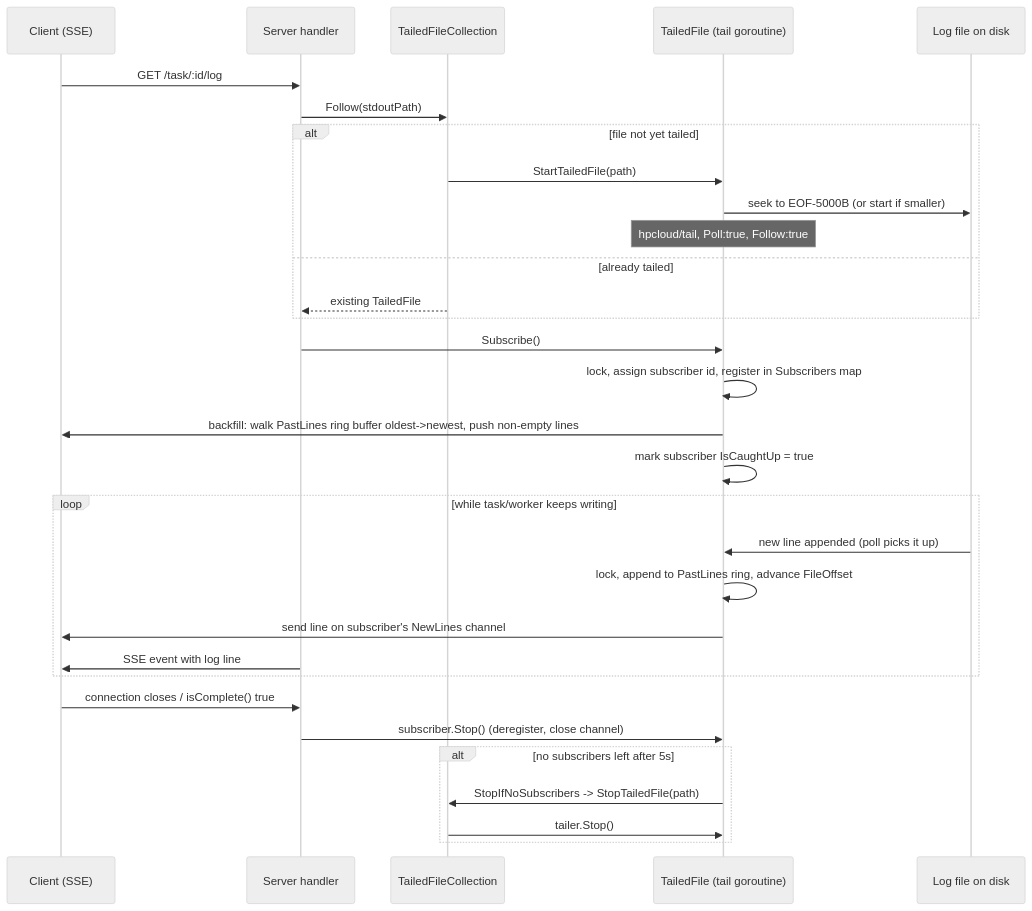
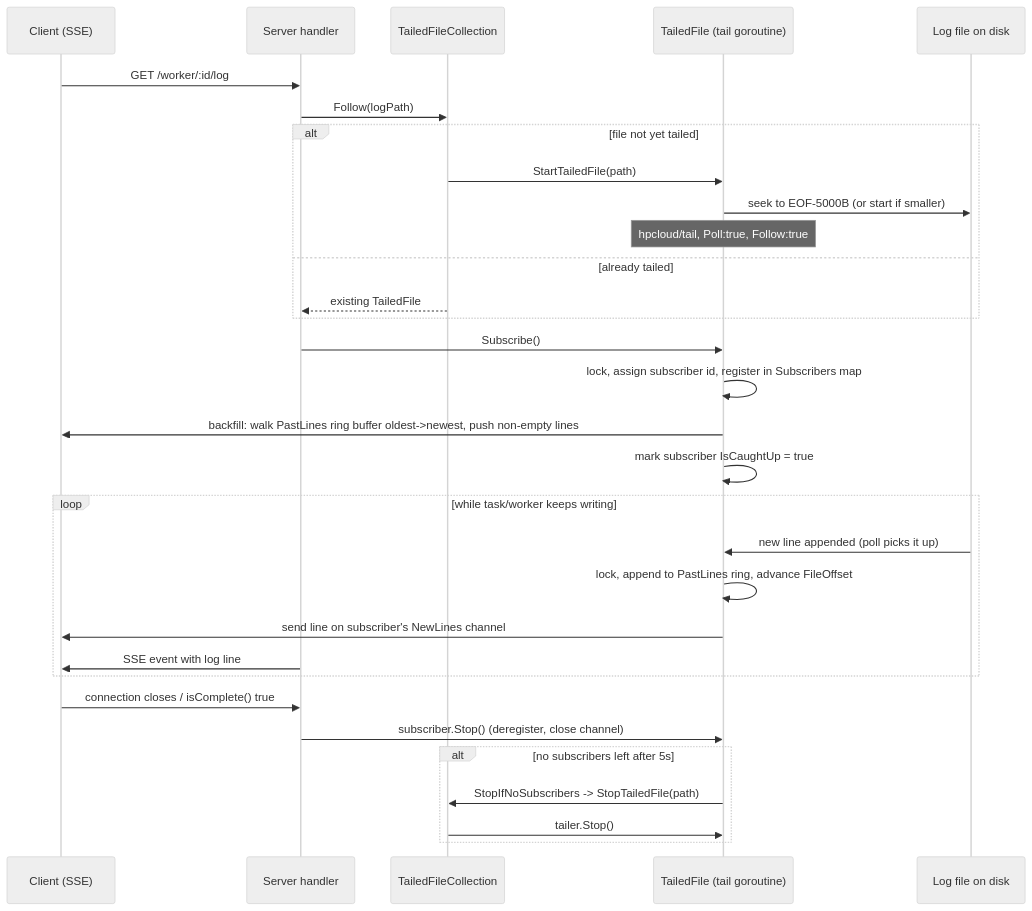
One commit to turtlemonvh/blanket changed the fourth of 4 diagrams in docs/task_flow.md. Above: the diagram before and after it, drawn with Mermaid (neutral theme). The commit also changed other lines of this file and 7 other files, not shown here.

````diff
--- a/docs/task_flow.md
+++ b/docs/task_flow.md
@@ -850,36 +866,36 @@
 ```mermaid
 sequenceDiagram
     participant C as Client (SSE)
     participant Srv as Server handler
     participant TFC as TailedFileCollection
     participant TF as TailedFile (tail goroutine)
     participant Log as Log file on disk
 
-    C->>Srv: GET /task/:id/log
-    Srv->>TFC: Follow(stdoutPath)
+    C->>Srv: GET /worker/:id/log
+    Srv->>TFC: Follow(logPath)
     alt file not yet tailed
         TFC->>TF: StartTailedFile(path)
         TF->>Log: seek to EOF-5000B (or start if smaller)
         Note over TF: hpcloud/tail, Poll:true, Follow:true
     else already tailed
         TFC-->>Srv: existing TailedFile
     end
     Srv->>TF: Subscribe()
     TF->>TF: lock, assign subscriber id, register in Subscribers map
     TF->>C: backfill: walk PastLines ring buffer oldest->newest, push non-empty lines
     TF->>TF: mark subscriber IsCaughtUp = true
 
     loop while task/worker keeps writing
         Log->>TF: new line appended (poll picks it up)
         TF->>TF: lock, append to PastLines ring, advance FileOffset
         TF->>C: send line on subscriber's NewLines channel
         Srv->>C: SSE event with log line
     end
 
     C->>Srv: connection closes / isComplete() true
     Srv->>TF: subscriber.Stop() (deregister, close channel)
     alt no subscribers left after 5s
         TF->>TFC: StopIfNoSubscribers -> StopTailedFile(path)
         TFC->>TF: tailer.Stop()
     end
 ```
````
